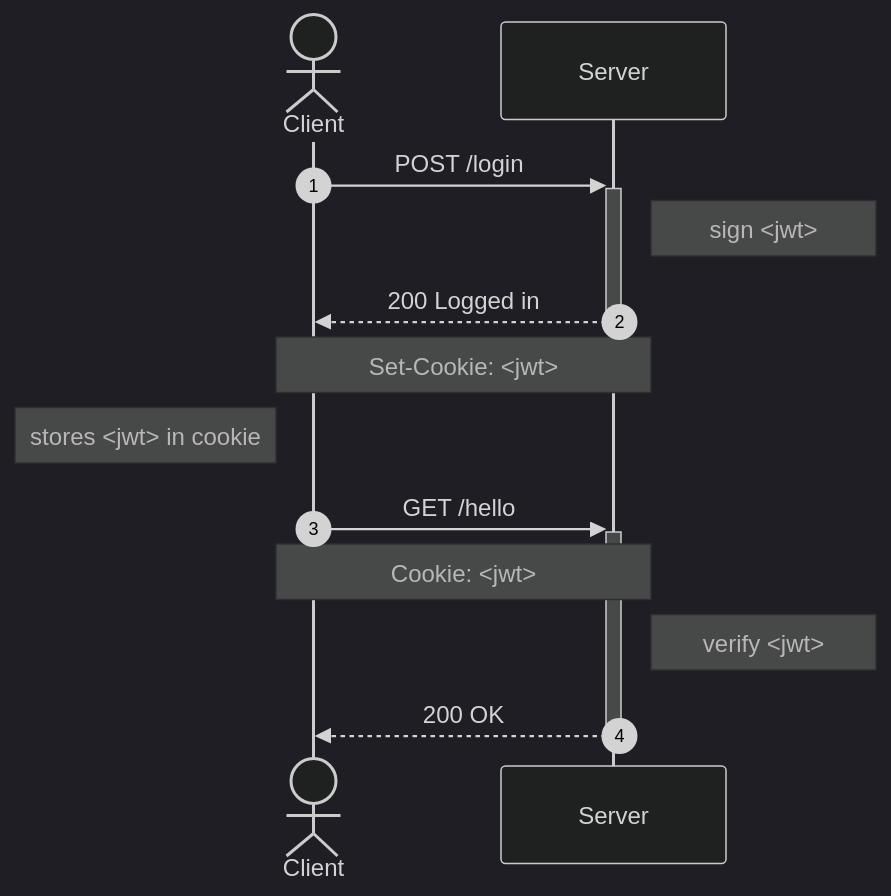
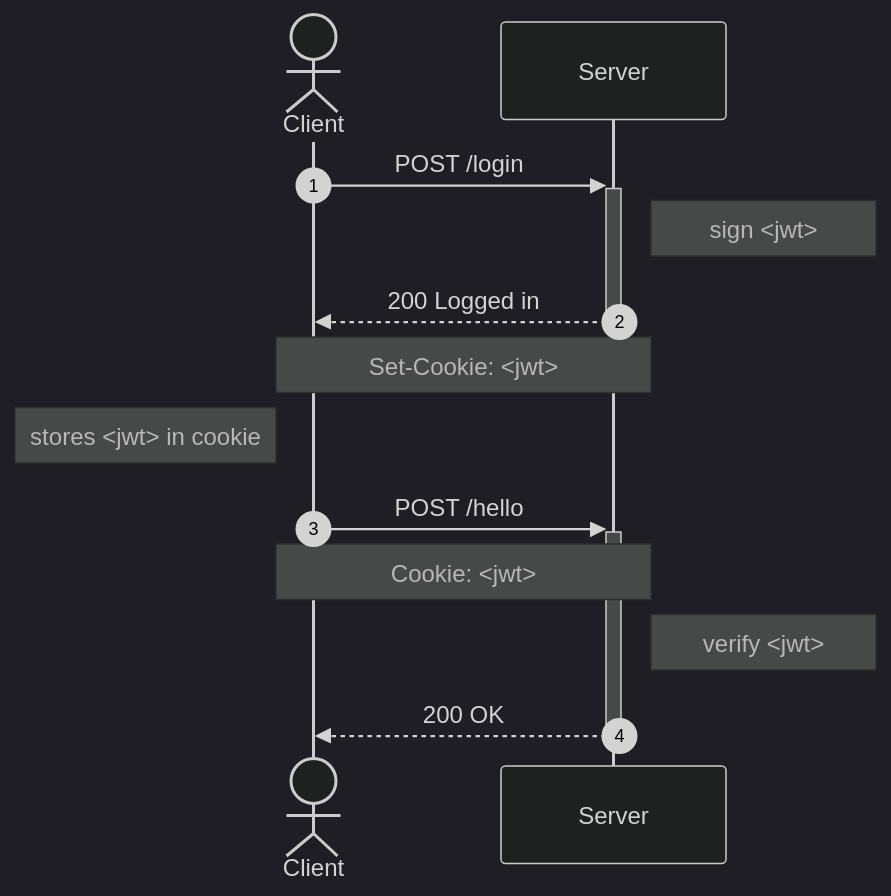
Before and after one commit to ngshiheng/worker-auth: the first of 2 diagrams in README.md, drawn with Mermaid (dark theme). The commit also changed other lines of this file and 3 other files, not shown here.

````diff
--- a/README.md
+++ b/README.md
@@ -48,16 +48,16 @@
 ```mermaid
 sequenceDiagram
     autonumber
     actor Client
     participant Server
 
     Client->>+Server: POST /login
     Note right of Server: sign <jwt>
     Server-->>-Client: 200 Logged in
     Note over Server,Client: Set-Cookie: <jwt>
     Note left of Client: stores <jwt> in cookie
-    Client->>+Server: GET /hello
+    Client->>+Server: POST /hello
     Note over Client,Server: Cookie: <jwt>
     Note right of Server: verify <jwt>
     Server-->>-Client: 200 OK
 ```
````
